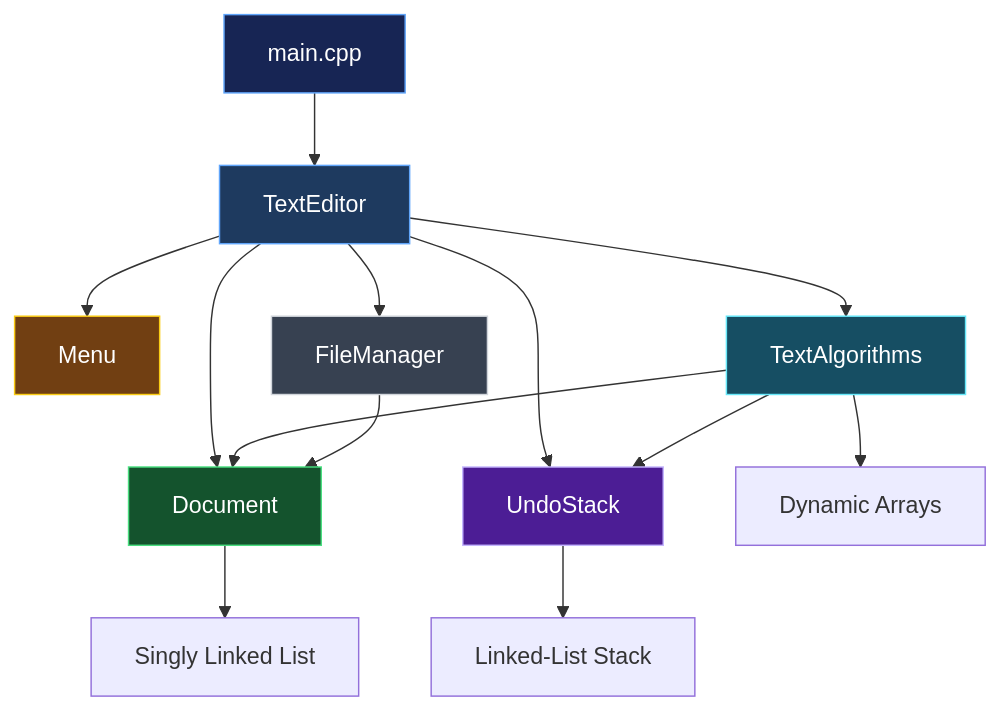
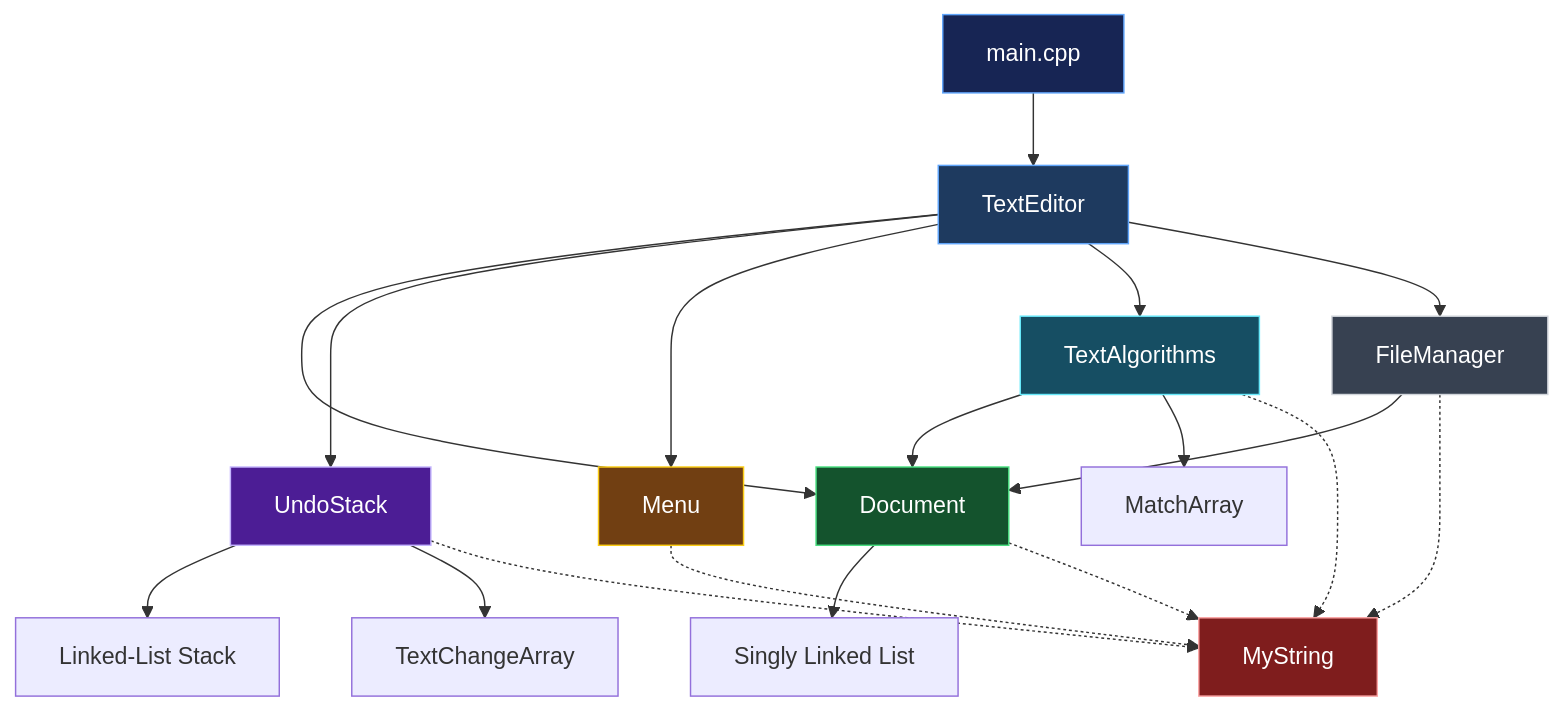
The diagram in README.md (zarmeen-mustafa-14/Text-Editor-DSA), drawn with Mermaid before and after one commit. The commit also changed other lines of this file, not shown here.

````diff
--- a/README.md
+++ b/README.md
@@ -63,26 +46,33 @@
 ```mermaid
 flowchart TD
     A["main.cpp"] --> B["TextEditor"]
 
     B --> C["Document"]
     B --> D["UndoStack"]
     B --> E["Menu"]
     B --> F["TextAlgorithms"]
     B --> G["FileManager"]
 
     F --> C
-    F --> D
     G --> C
 
     C --> H["Singly Linked List"]
     D --> I["Linked-List Stack"]
-    F --> J["Dynamic Arrays"]
+    D --> K["TextChangeArray"]
+    F --> J["MatchArray"]
+
+    C -.-> M["MyString"]
+    D -.-> M
+    F -.-> M
+    G -.-> M
+    E -.-> M
 
     style A fill:#172554,color:#fff,stroke:#60A5FA
     style B fill:#1E3A5F,color:#fff,stroke:#60A5FA
     style C fill:#14532D,color:#fff,stroke:#4ADE80
     style D fill:#4C1D95,color:#fff,stroke:#C4B5FD
     style E fill:#713F12,color:#fff,stroke:#FACC15
     style F fill:#164E63,color:#fff,stroke:#67E8F9
     style G fill:#374151,color:#fff,stroke:#D1D5DB
+    style M fill:#7F1D1D,color:#fff,stroke:#FCA5A5
 ```
````
